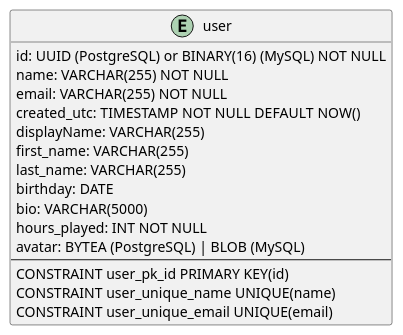
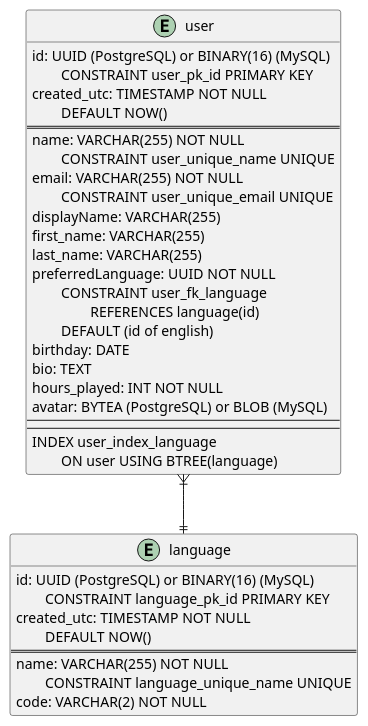
The diagram in doc/datamodel/ERD.puml (turing85/untitled-rpg-webapp), drawn with PlantUML before and after one commit. The commit also changed 4 other files, not shown here.

```diff
--- a/doc/datamodel/ERD.puml
+++ b/doc/datamodel/ERD.puml
@@ -1,21 +1,43 @@
 @startuml
 
 entity user {
-    id: UUID (PostgreSQL) or BINARY(16) (MySQL) NOT NULL
+    id: UUID (PostgreSQL) or BINARY(16) (MySQL)
+    \tCONSTRAINT user_pk_id PRIMARY KEY
+    created_utc: TIMESTAMP NOT NULL
+    \tDEFAULT NOW()
+    ==
     name: VARCHAR(255) NOT NULL
+    \tCONSTRAINT user_unique_name UNIQUE
     email: VARCHAR(255) NOT NULL
-    created_utc: TIMESTAMP NOT NULL DEFAULT NOW()
+    \tCONSTRAINT user_unique_email UNIQUE
     displayName: VARCHAR(255)
     first_name: VARCHAR(255)
     last_name: VARCHAR(255)
+    preferredLanguage: UUID NOT NULL
+    \tCONSTRAINT user_fk_language
+    \t\tREFERENCES language(id)
+    \tDEFAULT (id of english)
     birthday: DATE
-    bio: VARCHAR(5000)
+    bio: TEXT
     hours_played: INT NOT NULL
-    avatar: BYTEA (PostgreSQL) | BLOB (MySQL)
+    avatar: BYTEA (PostgreSQL) or BLOB (MySQL)
     ---
-    CONSTRAINT user_pk_id PRIMARY KEY(id)
-    CONSTRAINT user_unique_name UNIQUE(name)
-    CONSTRAINT user_unique_email UNIQUE(email)
+    ---
+    INDEX user_index_language
+    \tON user USING BTREE(language)
 }
 
+entity language {
+    id: UUID (PostgreSQL) or BINARY(16) (MySQL)
+    \tCONSTRAINT language_pk_id PRIMARY KEY
+    created_utc: TIMESTAMP NOT NULL
+    \tDEFAULT NOW()
+    ==
+    name: VARCHAR(255) NOT NULL
+    \tCONSTRAINT language_unique_name UNIQUE
+    code: VARCHAR(2) NOT NULL
+}
+
+user }|--|| language
+
 @enduml
```
